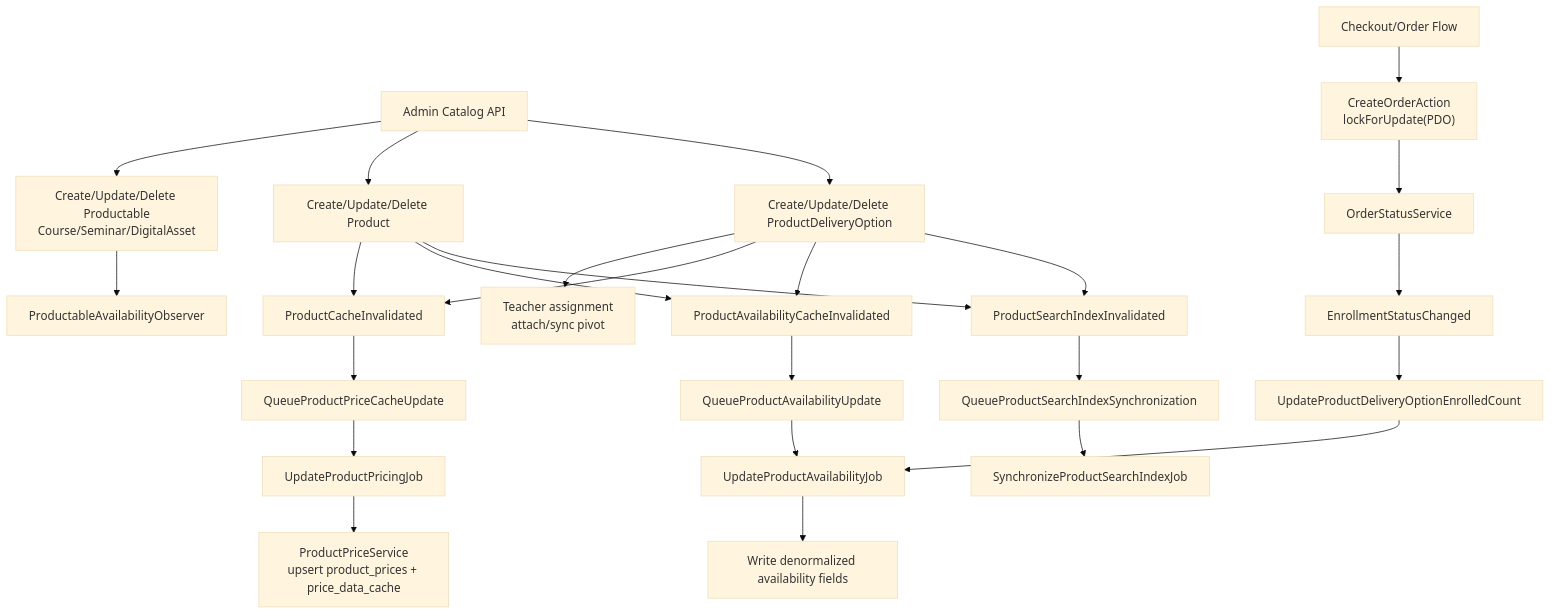
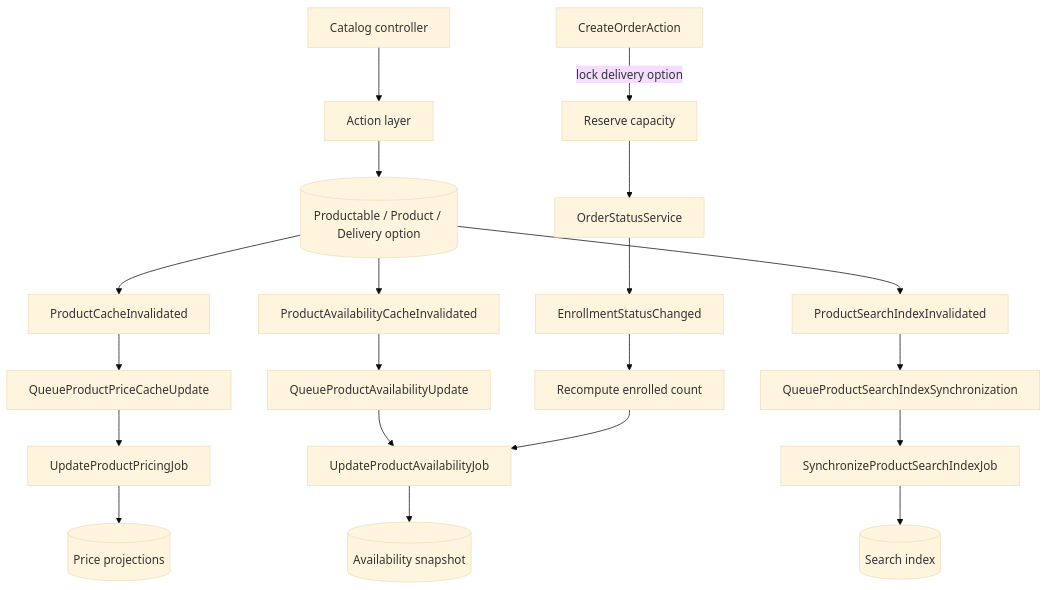
The second of 4 diagrams in docs/Architecture/Product-Catalog.md (SaeidSharafi/JeduApi), drawn with Mermaid (base theme) before and after one commit. The commit also changed other lines of this file and 26 other files, not shown here.

First line of the commit message:
docs: consolidate architecture documentation

````diff
--- a/docs/Architecture/Product-Catalog.md
+++ b/docs/Architecture/Product-Catalog.md
@@ -32,36 +22,27 @@
 ```mermaid
 flowchart TB
-    A[Admin Catalog API] --> B[Create/Update/Delete Productable
-Course/Seminar/DigitalAsset]
-    A --> C[Create/Update/Delete Product]
-    A --> D[Create/Update/Delete ProductDeliveryOption]
-    D --> E[Teacher assignment
-attach/sync pivot]
+    A[Catalog controller] --> B[Action layer]
+    B --> C[(Productable / Product / Delivery option)]
 
-    B --> F[ProductableAvailabilityObserver]
-    C --> G[ProductCacheInvalidated]
-    C --> H[ProductAvailabilityCacheInvalidated]
-    C --> I[ProductSearchIndexInvalidated]
-    D --> G
-    D --> H
-    D --> I
+    C --> D[ProductCacheInvalidated]
+    C --> E[ProductAvailabilityCacheInvalidated]
+    C --> F[ProductSearchIndexInvalidated]
 
-    G --> J[QueueProductPriceCacheUpdate]
-    J --> K[UpdateProductPricingJob]
-    K --> L[ProductPriceService
-upsert product_prices + price_data_cache]
+    D --> G[QueueProductPriceCacheUpdate]
+    G --> H[UpdateProductPricingJob]
+    H --> I[(Price projections)]
 
-    H --> M[QueueProductAvailabilityUpdate]
-    M --> N[UpdateProductAvailabilityJob]
-    N --> O[Write denormalized availability fields]
+    E --> J[QueueProductAvailabilityUpdate]
+    J --> K[UpdateProductAvailabilityJob]
+    K --> L[(Availability snapshot)]
 
-    I --> P[QueueProductSearchIndexSynchronization]
-    P --> Q[SynchronizeProductSearchIndexJob]
+    F --> M[QueueProductSearchIndexSynchronization]
+    M --> N[SynchronizeProductSearchIndexJob]
+    N --> O[(Search index)]
 
-    R[Checkout/Order Flow] --> S["CreateOrderAction
-lockForUpdate(PDO)"]
-    S --> T[OrderStatusService]
-    T --> U[EnrollmentStatusChanged]
-    U --> V[UpdateProductDeliveryOptionEnrolledCount]
-    V --> N
+    P[CreateOrderAction] -->|lock delivery option| Q[Reserve capacity]
+    Q --> R[OrderStatusService]
+    R --> S[EnrollmentStatusChanged]
+    S --> T[Recompute enrolled count]
+    T --> K
 ```
````
